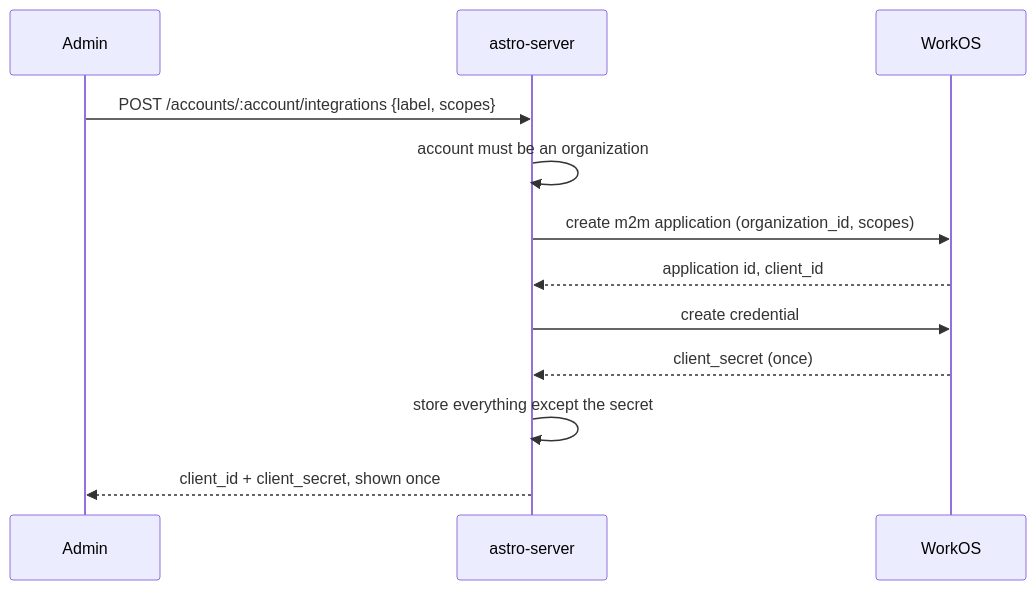
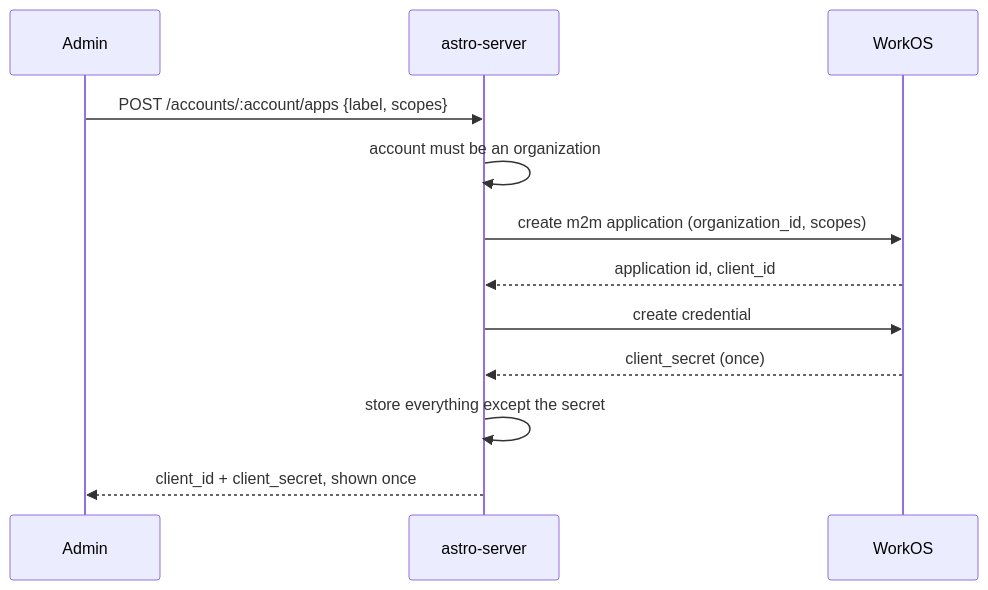
The second of 2 diagrams in docs/01-spec/machine-credentials-spec.md (astropods/astro-cli), drawn with Mermaid before and after one commit. The commit also changed other lines of this file, not shown here.

First line of the commit message:
docs(spec): call them apps rather than integrations

````diff
--- a/docs/01-spec/machine-credentials-spec.md
+++ b/docs/01-spec/machine-credentials-spec.md
@@ -78,15 +78,15 @@
 ```mermaid
 sequenceDiagram
     participant Admin
     participant Server as astro-server
     participant WorkOS
 
-    Admin->>Server: POST /accounts/:account/integrations {label, scopes}
+    Admin->>Server: POST /accounts/:account/apps {label, scopes}
     Server->>Server: account must be an organization
     Server->>WorkOS: create m2m application (organization_id, scopes)
     WorkOS-->>Server: application id, client_id
     Server->>WorkOS: create credential
     WorkOS-->>Server: client_secret (once)
     Server->>Server: store everything except the secret
     Server-->>Admin: client_id + client_secret, shown once
 ```
````
